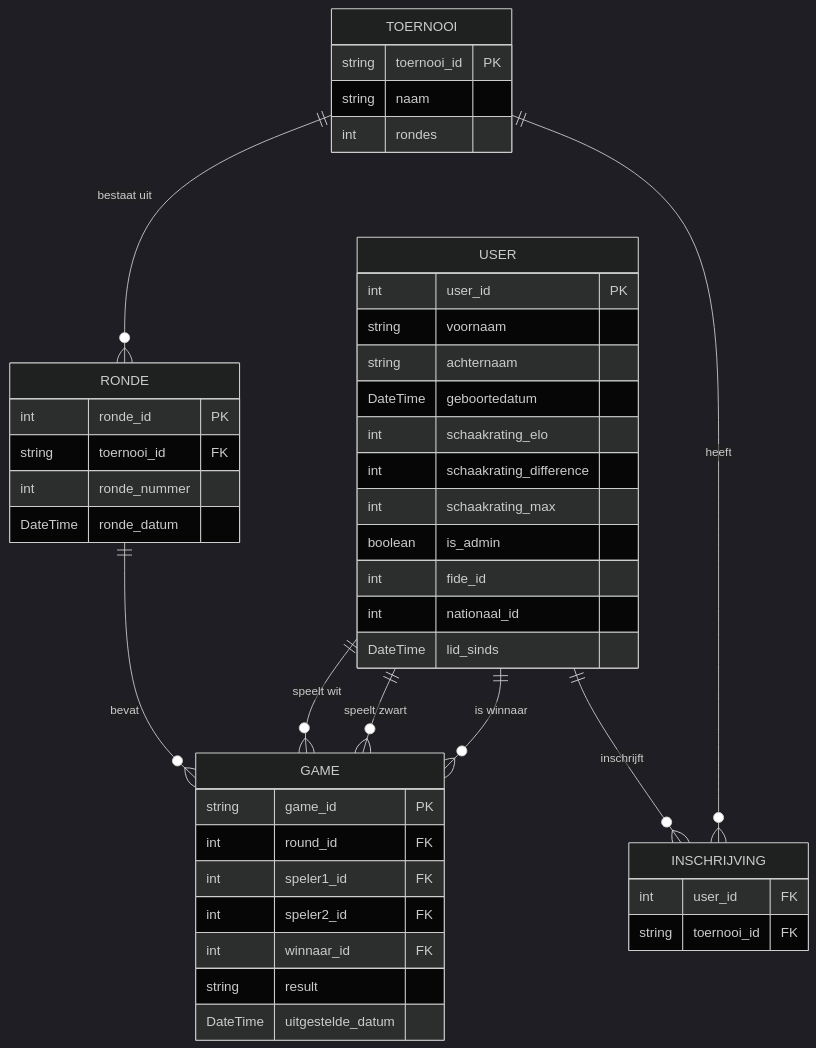
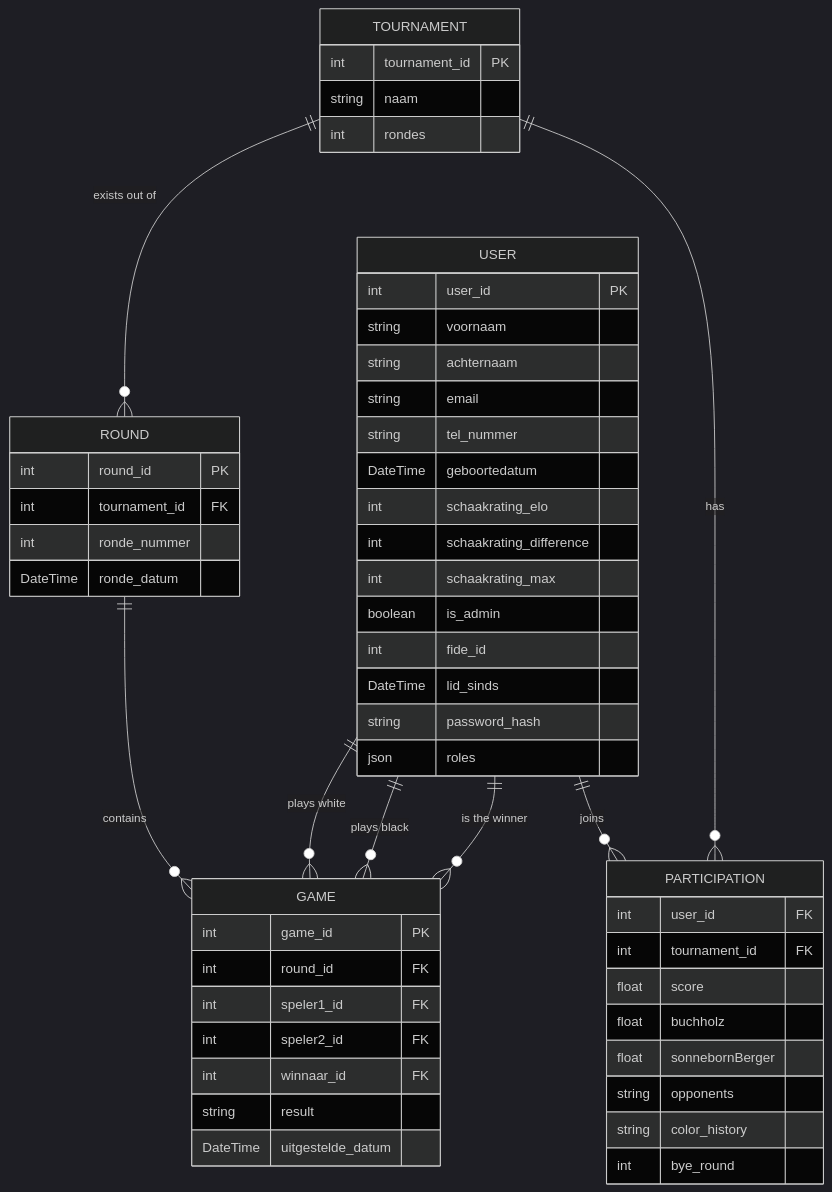
One commit to Jessevdonck/KSKColle changed the diagram in dossier.md. Above: the diagram before and after it, drawn with Mermaid (dark theme). The commit also changed other lines of this file and 17 other files, not shown here.

````diff
--- a/dossier.md
+++ b/dossier.md
@@ -39,54 +46,65 @@
 ```mermaid
 erDiagram
 
-    TOERNOOI {
-        string toernooi_id PK
+    TOURNAMENT {
+        int tournament_id PK
         string naam
         int rondes
     }
 
     USER {
         int user_id PK
         string voornaam
         string achternaam
+        string email
+        string tel_nummer
         DateTime geboortedatum
         int schaakrating_elo
         int schaakrating_difference
         int schaakrating_max
         boolean is_admin
         int fide_id
-        int nationaal_id
         DateTime lid_sinds
+        string password_hash
+        json roles
     }
 
-    INSCHRIJVING {
+    PARTICIPATION {
         int user_id FK
-        string toernooi_id FK
+        int tournament_id FK
+        float score
+        float buchholz
+        float sonnebornBerger
+        string opponents
+        string color_history
+        int bye_round
     }
 
-    RONDE {
-        int ronde_id PK
-        string toernooi_id FK
+    ROUND {
+        int round_id PK
+        int tournament_id FK
         int ronde_nummer
         DateTime ronde_datum
     }
 
     GAME {
-        string game_id PK
+        int game_id PK
         int round_id FK
         int speler1_id FK
         int speler2_id FK
         int winnaar_id FK
         string result
         DateTime uitgestelde_datum
     }
 
     %% Relaties
-    TOERNOOI ||--o{ RONDE : "bestaat uit"
-    USER ||--o{ INSCHRIJVING : "inschrijft"
-    TOERNOOI ||--o{ INSCHRIJVING : "heeft"
-    RONDE ||--o{ GAME : "bevat"
-    USER ||--o{ GAME : "speelt wit"
-    USER ||--o{ GAME : "speelt zwart"
-    USER ||--o{ GAME : "is winnaar"
+    TOURNAMENT ||--o{ ROUND : "exists out of"
+    USER ||--o{ PARTICIPATION : "joins"
+    TOURNAMENT ||--o{ PARTICIPATION : "has"
+    ROUND ||--o{ GAME : "contains"
+    USER ||--o{ GAME : "plays white"
+    USER ||--o{ GAME : "plays black"
+    USER ||--o{ GAME : "is the winner"
+
+
 ```
````
